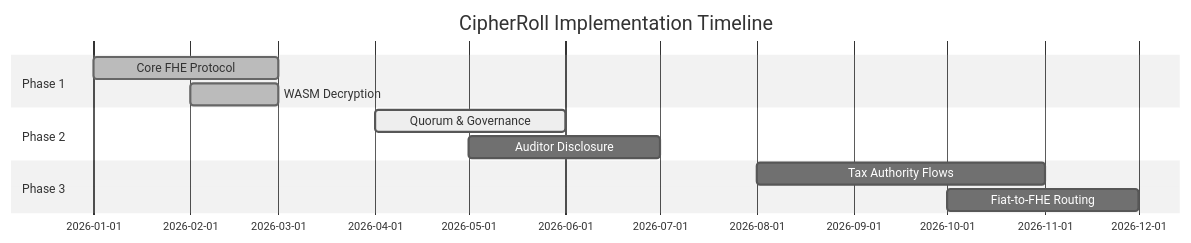
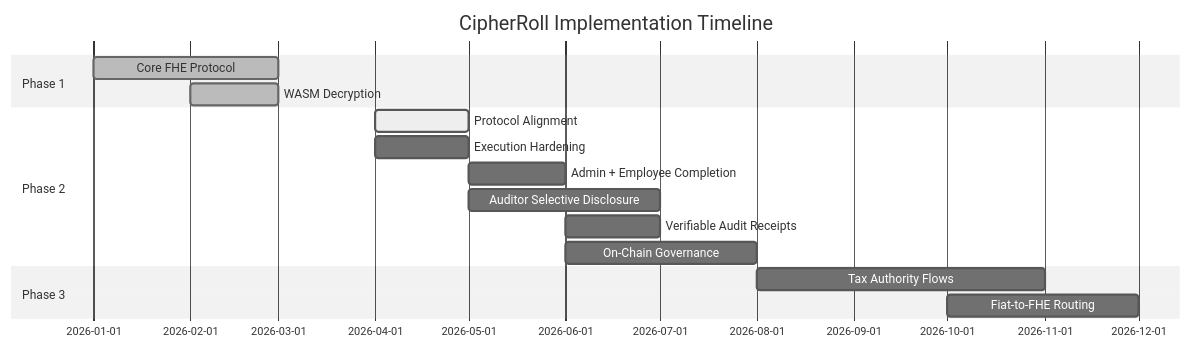
The diagram in docs/ROADMAP.md (PhanTom497/CipherRoll), drawn with Mermaid (neutral theme) before and after one commit. The commit also changed other lines of this file and 42 other files, not shown here.

````diff
--- a/docs/ROADMAP.md
+++ b/docs/ROADMAP.md
@@ -24,14 +63,18 @@
 ```mermaid
 gantt
     title CipherRoll Implementation Timeline
     dateFormat YYYY-MM
     section Phase 1
     Core FHE Protocol :done, p1, 2026-01, 2026-03
     WASM Decryption :done, p2, 2026-02, 2026-03
     section Phase 2
-    Quorum & Governance :active, p3, 2026-04, 2026-06
-    Auditor Disclosure : p4, 2026-05, 2026-07
+    Protocol Alignment :active, p3, 2026-04, 2026-05
+    Execution Hardening : p4, 2026-04, 2026-05
+    Admin + Employee Completion : p5, 2026-05, 2026-06
+    Auditor Selective Disclosure : p6, 2026-05, 2026-07
+    Verifiable Audit Receipts : p7, 2026-06, 2026-07
+    On-Chain Governance : p8, 2026-06, 2026-08
     section Phase 3
-    Tax Authority Flows : p5, 2026-08, 2026-11
-    Fiat-to-FHE Routing : p6, 2026-10, 2026-12
+    Tax Authority Flows : p9, 2026-08, 2026-11
+    Fiat-to-FHE Routing : p10, 2026-10, 2026-12
 ```
````
